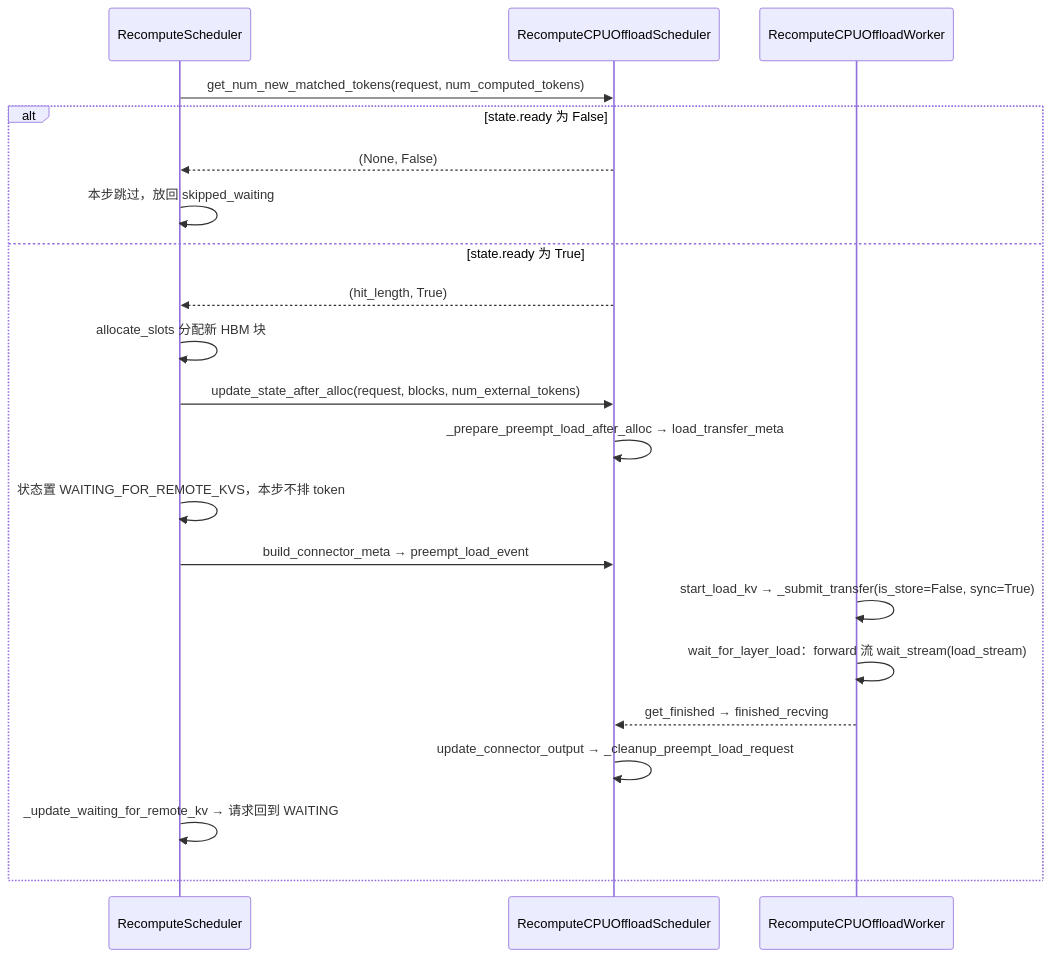
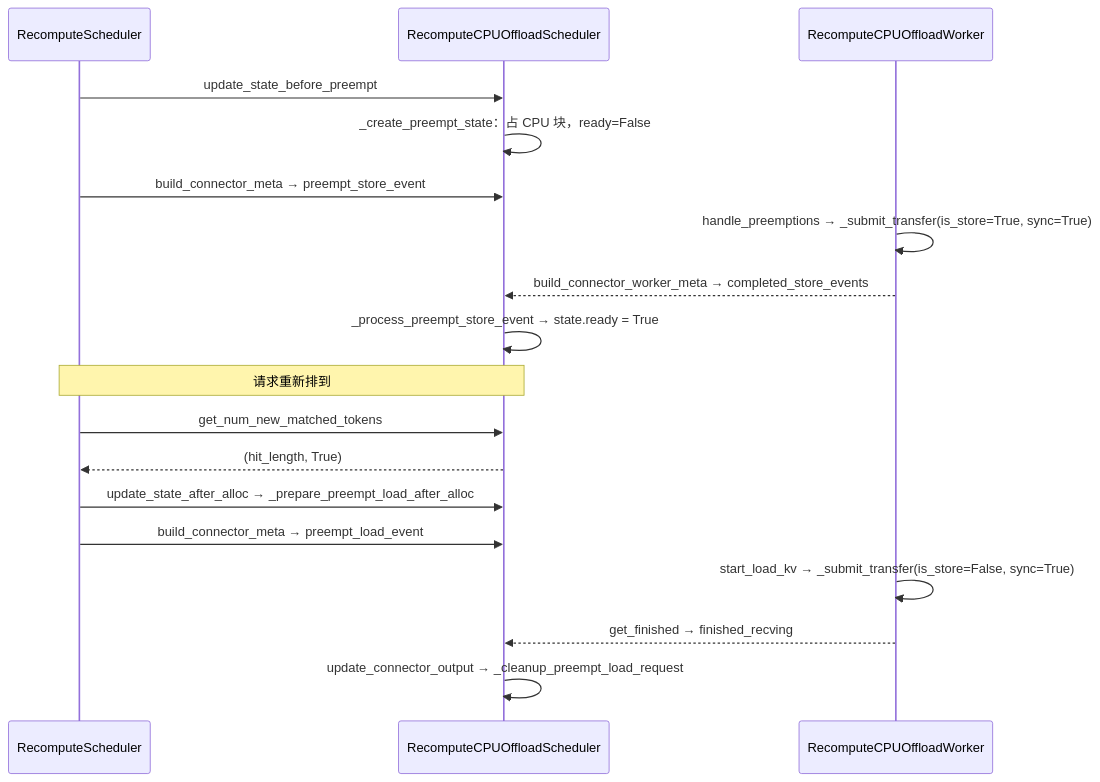
The second of 2 diagrams in wiki/concepts/recompute-cpu-offload.md (BailanCaptain/infer-lab), drawn with Mermaid before and after one commit. The commit also changed other lines of this file and 30 other files, not shown here.

First line of the commit message:
feat(F001): 11 页按图重写完成——答案从读一页变成读四页并按关系组织

````diff
--- a/wiki/concepts/recompute-cpu-offload.md
+++ b/wiki/concepts/recompute-cpu-offload.md
@@ -116,24 +86,20 @@
 ```mermaid
 sequenceDiagram
     participant S as RecomputeScheduler
     participant M as RecomputeCPUOffloadScheduler
     participant W as RecomputeCPUOffloadWorker
-
-    S->>M: get_num_new_matched_tokens(request, num_computed_tokens)
-    alt state.ready 为 False
-        M-->>S: (None, False)
-        S->>S: 本步跳过，放回 skipped_waiting
-    else state.ready 为 True
-        M-->>S: (hit_length, True)
-        S->>S: allocate_slots 分配新 HBM 块
-        S->>M: update_state_after_alloc(request, blocks, num_external_tokens)
-        M->>M: _prepare_preempt_load_after_alloc → load_transfer_meta
-        S->>S: 状态置 WAITING_FOR_REMOTE_KVS，本步不排 token
-        S->>M: build_connector_meta → preempt_load_event
-        W->>W: start_load_kv → _submit_transfer(is_store=False, sync=True)
-        W->>W: wait_for_layer_load：forward 流 wait_stream(load_stream)
-        W-->>M: get_finished → finished_recving
-        M->>M: update_connector_output → _cleanup_preempt_load_request
-        S->>S: _update_waiting_for_remote_kv → 请求回到 WAITING
-    end
+    S->>M: update_state_before_preempt
+    M->>M: _create_preempt_state：占 CPU 块，ready=False
+    S->>M: build_connector_meta → preempt_store_event
+    W->>W: handle_preemptions → _submit_transfer(is_store=True, sync=True)
+    W-->>M: build_connector_worker_meta → completed_store_events
+    M->>M: _process_preempt_store_event → state.ready = True
+    Note over S,M: 请求重新排到
+    S->>M: get_num_new_matched_tokens
+    M-->>S: (hit_length, True)
+    S->>M: update_state_after_alloc → _prepare_preempt_load_after_alloc
+    S->>M: build_connector_meta → preempt_load_event
+    W->>W: start_load_kv → _submit_transfer(is_store=False, sync=True)
+    W-->>M: get_finished → finished_recving
+    M->>M: update_connector_output → _cleanup_preempt_load_request
 ```
````
